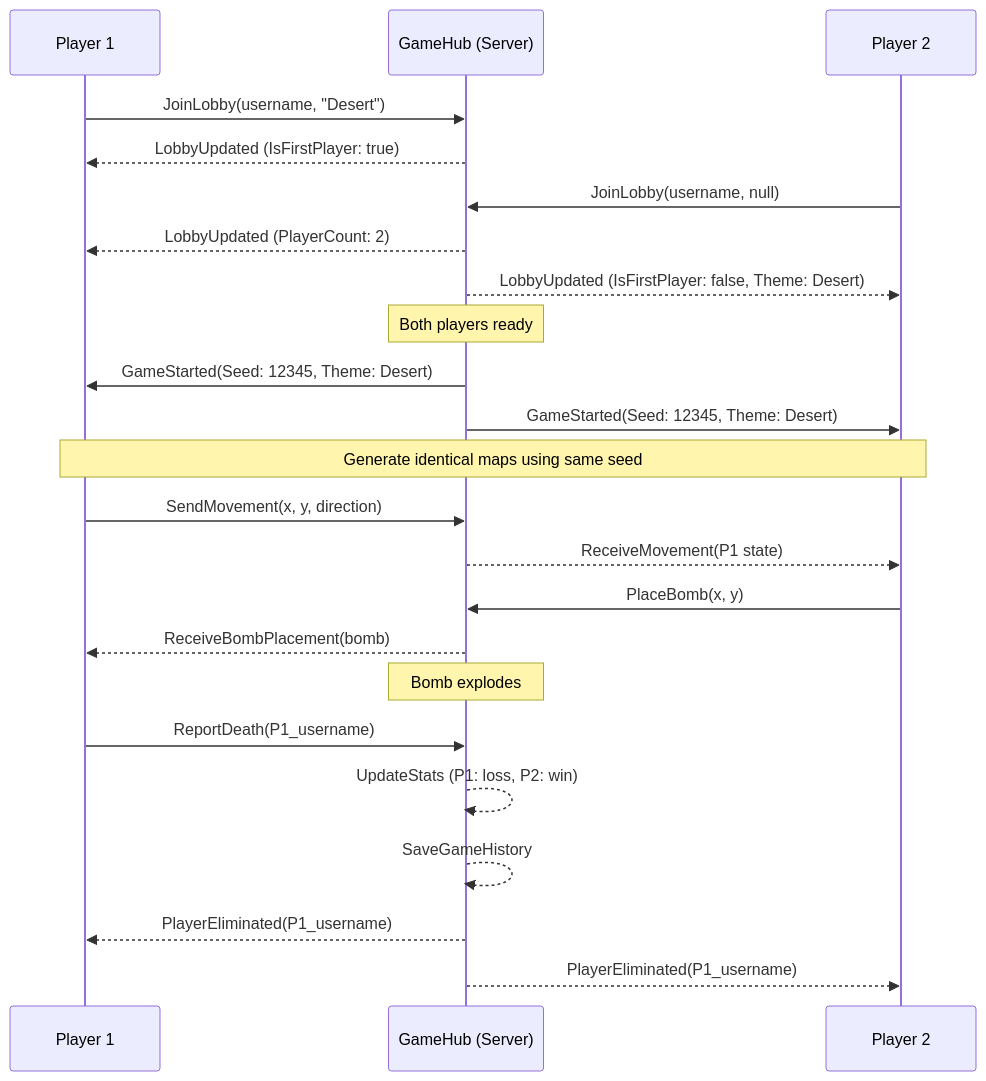
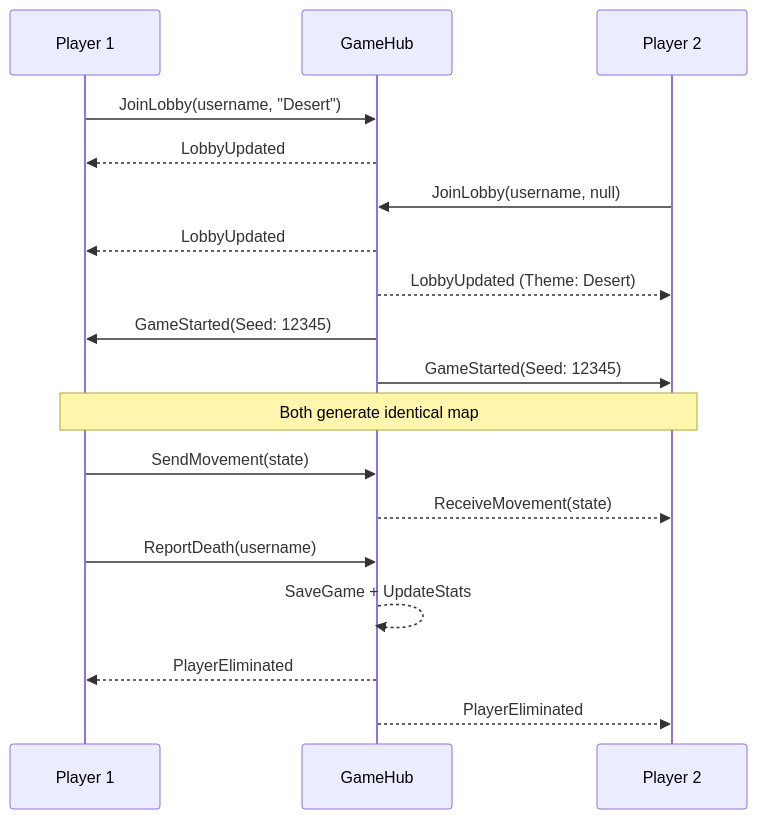
One commit to sudedincer/BombermanWithDesignPatterns changed diagram 11 of 11 in DESIGN_DOCUMENT.md. Above: the diagram before and after it, drawn with Mermaid. The commit also changed other lines of this file and 1 other file, not shown here.

````diff
--- a/DESIGN_DOCUMENT.md
+++ b/DESIGN_DOCUMENT.md
@@ -1399,34 +1089,26 @@
 ```mermaid
 sequenceDiagram
     participant P1 as Player 1
-    participant Hub as GameHub (Server)
+    participant Hub as GameHub
     participant P2 as Player 2
-    
+
     P1->>Hub: JoinLobby(username, "Desert")
-    Hub-->>P1: LobbyUpdated (IsFirstPlayer: true)
+    Hub-->>P1: LobbyUpdated
     
     P2->>Hub: JoinLobby(username, null)
-    Hub-->>P1: LobbyUpdated (PlayerCount: 2)
-    Hub-->>P2: LobbyUpdated (IsFirstPlayer: false, Theme: Desert)
+    Hub-->>P1: LobbyUpdated
+    Hub-->>P2: LobbyUpdated (Theme: Desert)
     
-    Note over Hub: Both players ready
+    Hub->>P1: GameStarted(Seed: 12345)
+    Hub->>P2: GameStarted(Seed: 12345)
     
-    Hub->>P1: GameStarted(Seed: 12345, Theme: Desert)
-    Hub->>P2: GameStarted(Seed: 12345, Theme: Desert)
+    Note over P1,P2: Both generate identical map
     
-    Note over P1,P2: Generate identical maps using same seed
+    P1->>Hub: SendMovement(state)
+    Hub-->>P2: ReceiveMovement(state)
     
-    P1->>Hub: SendMovement(x, y, direction)
-    Hub-->>P2: ReceiveMovement(P1 state)
-    
-    P2->>Hub: PlaceBomb(x, y)
-    Hub-->>P1: ReceiveBombPlacement(bomb)
-    
-    Note over Hub: Bomb explodes
-    
-    P1->>Hub: ReportDeath(P1_username)
-    Hub-->>Hub: UpdateStats (P1: loss, P2: win)
-    Hub-->>Hub: SaveGameHistory
-    Hub-->>P1: PlayerEliminated(P1_username)
-    Hub-->>P2: PlayerEliminated(P1_username)
+    P1->>Hub: ReportDeath(username)
+    Hub-->>Hub: SaveGame + UpdateStats
+    Hub-->>P1: PlayerEliminated
+    Hub-->>P2: PlayerEliminated
 ```
````
